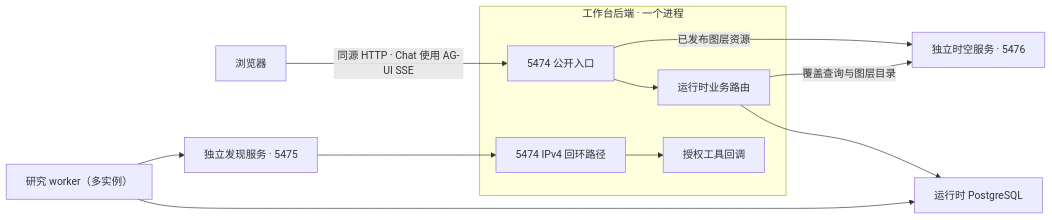
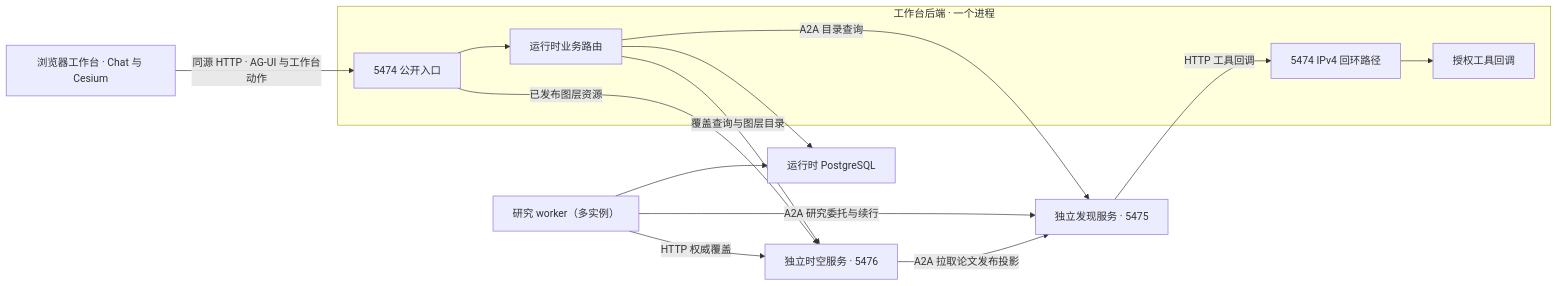
Before and after one commit to lust0yixiong/OneEarth: the diagram in docs/架构与接口现状.md, drawn with Mermaid. The commit also changed other lines of this file and 6 other files, not shown here.

Commit message:
Document the deployed OneEarth architecture

````diff
--- a/docs/架构与接口现状.md
+++ b/docs/架构与接口现状.md
@@ -61,14 +54,17 @@
 ```mermaid
 flowchart LR
-  B["浏览器"] -->|"同源 HTTP · Chat 使用 AG-UI SSE"| P
+  B["浏览器工作台 · Chat 与 Cesium"] -->|"同源 HTTP · AG-UI 与工作台动作"| P
   subgraph W["工作台后端 · 一个进程"]
     P["5474 公开入口"] --> R["运行时业务路由"]
     C["5474 IPv4 回环路径"] --> T["授权工具回调"]
   end
   R --> DB["运行时 PostgreSQL"]
   A["研究 worker（多实例）"] --> DB
-  A --> D["独立发现服务 · 5475"]
-  D --> C
+  R -->|"A2A 目录查询"| D["独立发现服务 · 5475"]
+  A -->|"A2A 研究委托与续行"| D
+  D -->|"HTTP 工具回调"| C
   R -->|"覆盖查询与图层目录"| S["独立时空服务 · 5476"]
   P -->|"已发布图层资源"| S
+  A -->|"HTTP 权威覆盖"| S
+  S -->|"A2A 拉取论文发布投影"| D
 ```
````
